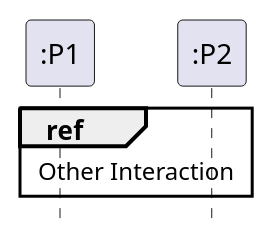
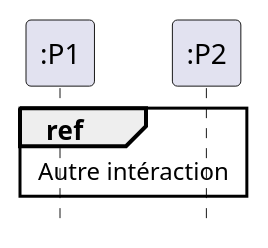
Before and after one commit to gigl-uml/Guide_uml_polymtl: the diagram in plant_uml/refOperatorExample.plantuml, drawn with PlantUML. The commit also changed 8 other files, not shown here.

Commit message:
traduction diagramme interaction

```diff
--- a/plant_uml/refOperatorExample.plantuml
+++ b/plant_uml/refOperatorExample.plantuml
@@ -1,9 +1,9 @@
 @startuml
 hide footbox
 skinparam backgroundcolor transparent
 participant ":P1" as P1
 participant ":P2" as P2
 
-ref over P1, P2: Other Interaction
+ref over P1, P2: Autre intéraction
 
 @enduml
```
